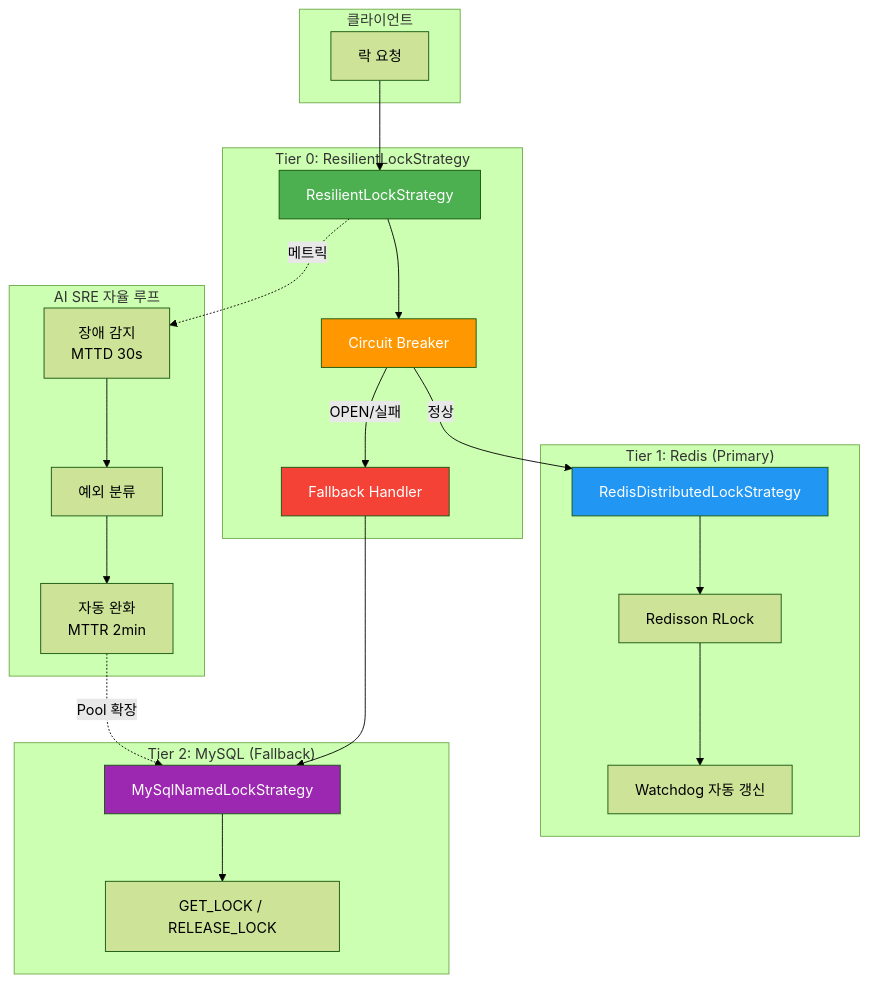
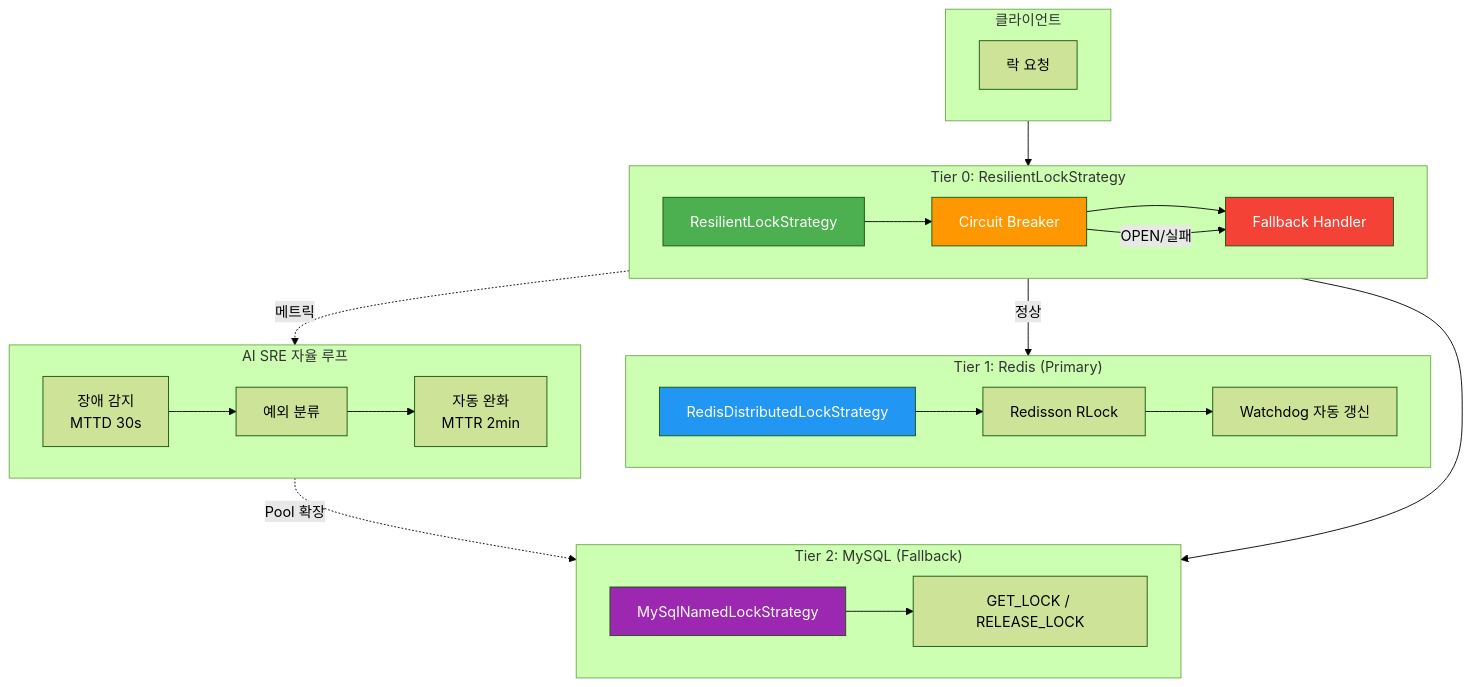
One commit to zbnerd/probabilistic-valuation-engine changed the seventh of 8 diagrams in docs/05_Reports/PORTFOLIO_TECHNICAL_DEEP_DIVE.md. Above: the diagram before and after it, drawn with Mermaid (forest theme). The commit also changed other lines of this file, not shown here.

First line of the commit message:
docs: 포트폴리오 다이어그램 TD+LR 혼합 레이아웃 적용

````diff
--- a/docs/05_Reports/PORTFOLIO_TECHNICAL_DEEP_DIVE.md
+++ b/docs/05_Reports/PORTFOLIO_TECHNICAL_DEEP_DIVE.md
@@ -487,49 +496,44 @@
 ```mermaid
-flowchart TB
+flowchart TD
     subgraph Client["클라이언트"]
+        direction LR
         REQ[락 요청]
     end
 
     subgraph Tier0["Tier 0: ResilientLockStrategy"]
-        RLS[ResilientLockStrategy]
-        CB[Circuit Breaker]
-        FH[Fallback Handler]
+        direction LR
+        RLS[ResilientLockStrategy] --> CB[Circuit Breaker]
+        CB --> FH[Fallback Handler]
     end
 
     subgraph Tier1["Tier 1: Redis (Primary)"]
-        RDS[RedisDistributedLockStrategy]
-        RL[Redisson RLock]
-        WD[Watchdog 자동 갱신]
+        direction LR
+        RDS[RedisDistributedLockStrategy] --> RL[Redisson RLock]
+        RL --> WD[Watchdog 자동 갱신]
     end
 
     subgraph Tier2["Tier 2: MySQL (Fallback)"]
-        MLS[MySqlNamedLockStrategy]
-        GL[GET_LOCK / RELEASE_LOCK]
+        direction LR
+        MLS[MySqlNamedLockStrategy] --> GL[GET_LOCK / RELEASE_LOCK]
     end
 
     subgraph AI["AI SRE 자율 루프"]
-        DETECT[장애 감지<br/>MTTD 30s]
-        CLASSIFY[예외 분류]
-        MITIGATE[자동 완화<br/>MTTR 2min]
+        direction LR
+        DETECT[장애 감지<br/>MTTD 30s] --> CLASSIFY[예외 분류]
+        CLASSIFY --> MITIGATE[자동 완화<br/>MTTR 2min]
     end
 
     REQ --> RLS
-    RLS --> CB
     CB -->|정상| RDS
     CB -->|OPEN/실패| FH
-    RDS --> RL
-    RL --> WD
     FH --> MLS
-    MLS --> GL
 
     RLS -.->|메트릭| DETECT
-    DETECT --> CLASSIFY
-    CLASSIFY --> MITIGATE
     MITIGATE -.->|Pool 확장| MLS
 
     style RLS fill:#4CAF50,color:white
     style CB fill:#FF9800,color:white
     style FH fill:#F44336,color:white
     style RDS fill:#2196F3,color:white
     style MLS fill:#9C27B0,color:white
 ```
````
